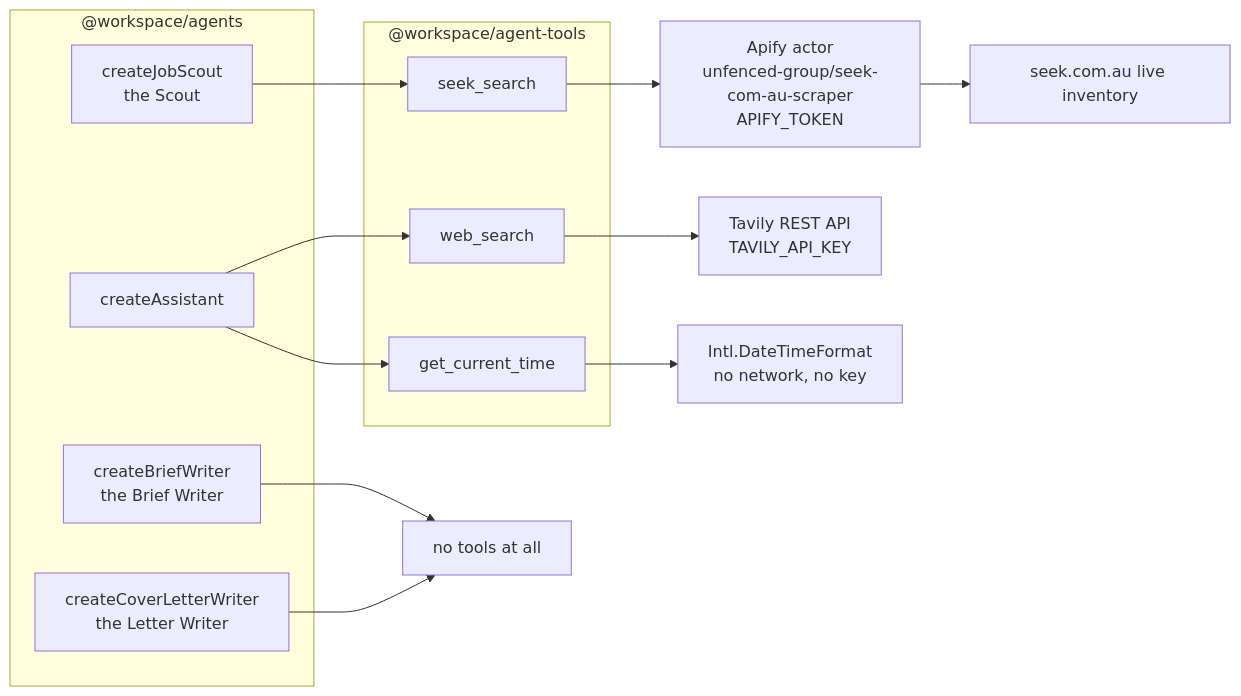
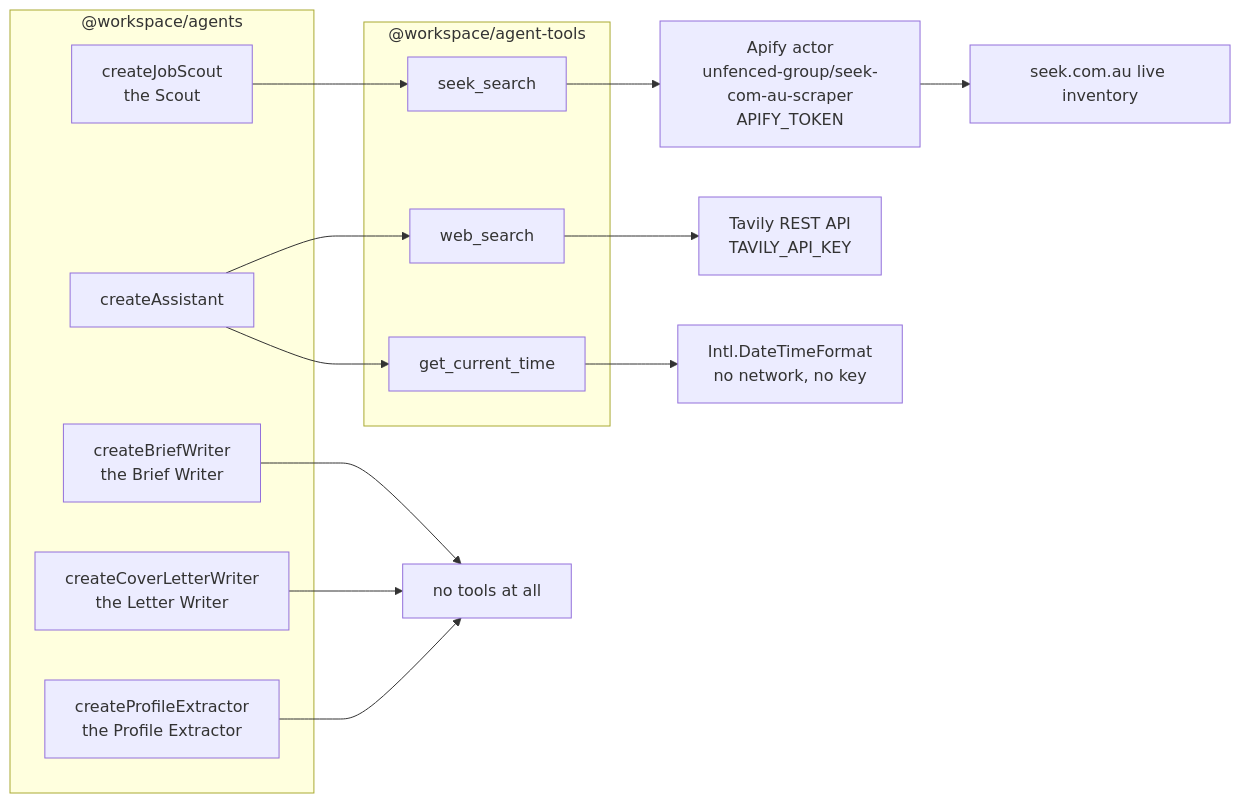
The third of 5 diagrams in docs/agent-architecture.md (sunnyeyles/control-panel), drawn with Mermaid before and after one commit. The commit also changed other lines of this file and 17 other files, not shown here.

````diff
--- a/docs/agent-architecture.md
+++ b/docs/agent-architecture.md
@@ -116,28 +116,30 @@
 ```mermaid
 flowchart LR
     subgraph named ["@workspace/agents"]
         SCOUT["createJobScout<br/>the Scout"]
         BW["createBriefWriter<br/>the Brief Writer"]
         CLW["createCoverLetterWriter<br/>the Letter Writer"]
+        PE["createProfileExtractor<br/>the Profile Extractor"]
         ASST["createAssistant"]
     end
 
     subgraph catalog ["@workspace/agent-tools"]
         SEEK["seek_search"]
         WEB["web_search"]
         TIME["get_current_time"]
     end
 
     NONE["no tools at all"]
 
     SCOUT --> SEEK
     ASST --> WEB
     ASST --> TIME
     BW --> NONE
     CLW --> NONE
+    PE --> NONE
 
     SEEK --> APIFY["Apify actor<br/>unfenced-group/seek-com-au-scraper<br/>APIFY_TOKEN"]
     APIFY --> LIVE["seek.com.au live inventory"]
     WEB --> TAV["Tavily REST API<br/>TAVILY_API_KEY"]
     TIME --> INTL["Intl.DateTimeFormat<br/>no network, no key"]
 ```
````
